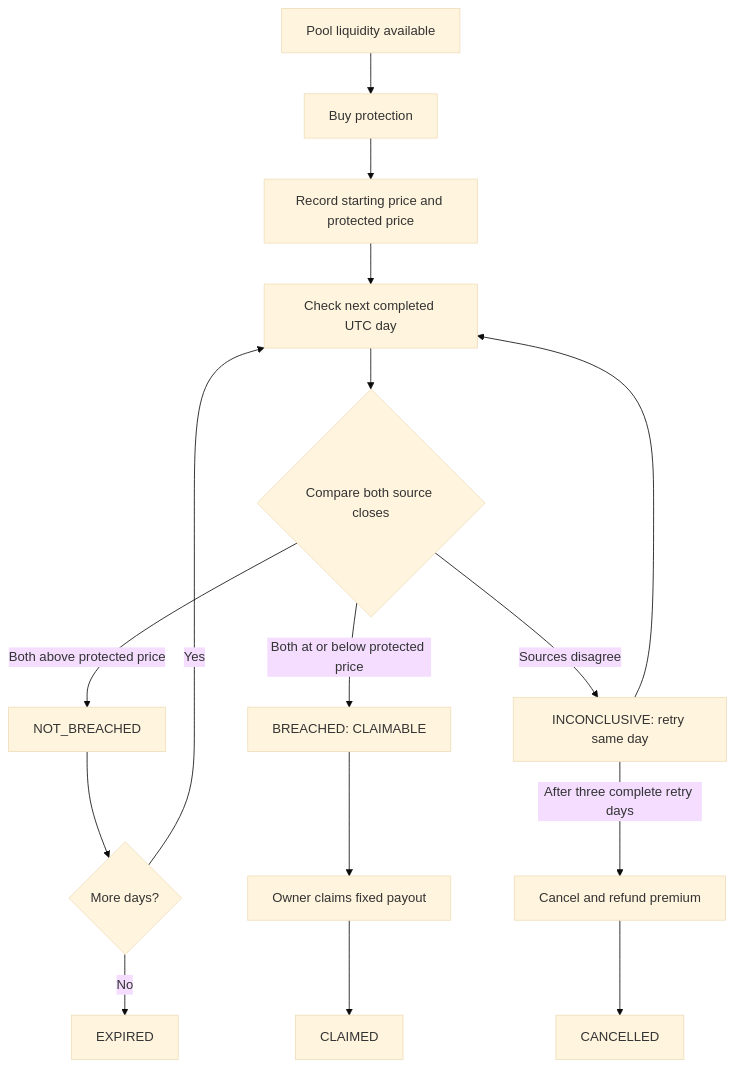
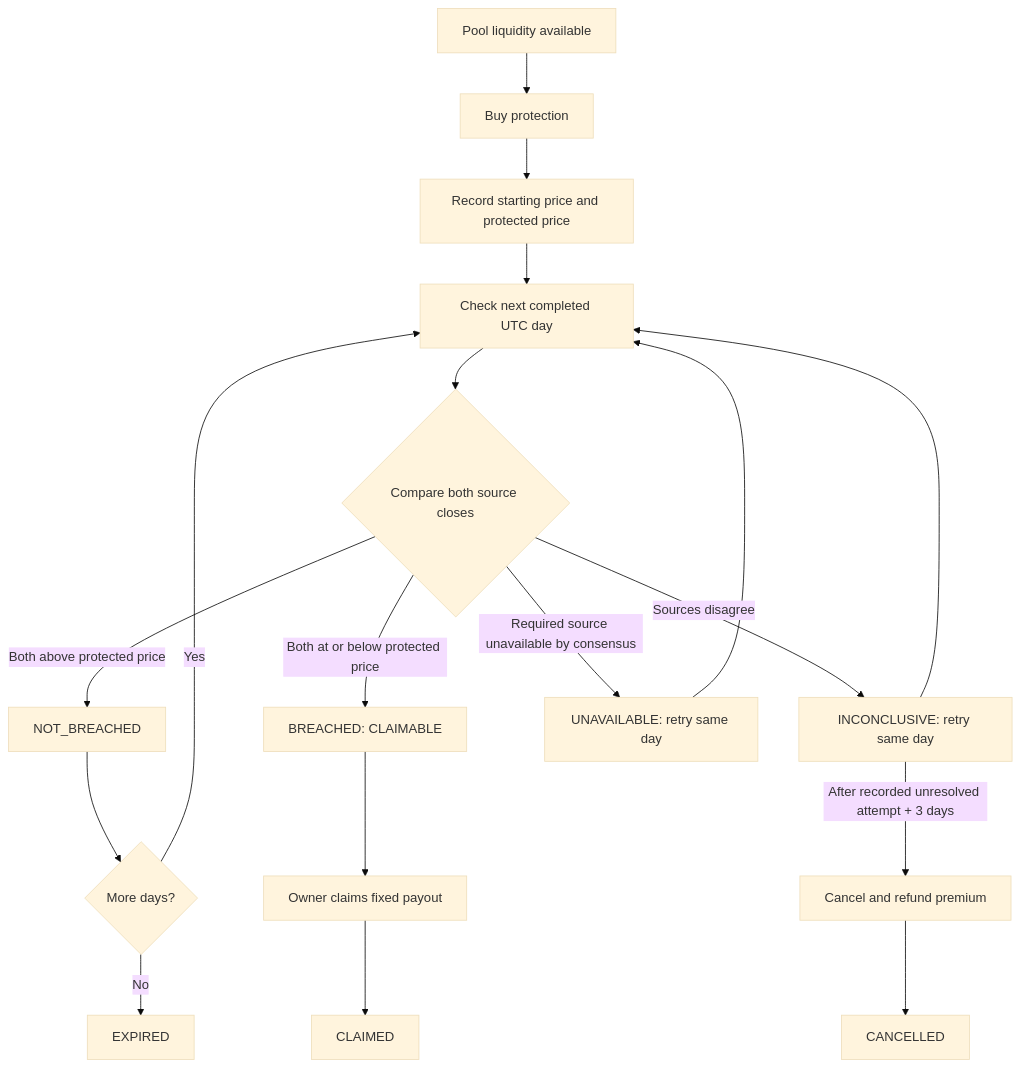
The second of 2 diagrams in README.md (jason4185/commoda), drawn with Mermaid (base theme) before and after one commit. The commit also changed other lines of this file and 19 other files, not shown here.

````diff
--- a/README.md
+++ b/README.md
@@ -97,18 +97,20 @@
 ```mermaid
 flowchart TD
     Pool[Pool liquidity available] --> Buy[Buy protection]
     Buy --> Lock[Record starting price and protected price]
     Lock --> Check[Check next completed UTC day]
     Check --> Outcome{Compare both source closes}
     Outcome -->|Both above protected price| Clear[NOT_BREACHED]
     Outcome -->|Both at or below protected price| Claimable[BREACHED: CLAIMABLE]
     Outcome -->|Sources disagree| Retry[INCONCLUSIVE: retry same day]
+    Outcome -->|Required source unavailable by consensus| Unavailable[UNAVAILABLE: retry same day]
     Clear --> More{More days?}
     More -->|Yes| Check
     More -->|No| Expired[EXPIRED]
     Retry --> Check
-    Retry -->|After three complete retry days| Cancel[Cancel and refund premium]
+    Unavailable --> Check
+    Retry -->|After recorded unresolved attempt + 3 days| Cancel[Cancel and refund premium]
     Claimable --> Claim[Owner claims fixed payout]
     Claim --> Claimed[CLAIMED]
     Cancel --> Cancelled[CANCELLED]
 ```
````
